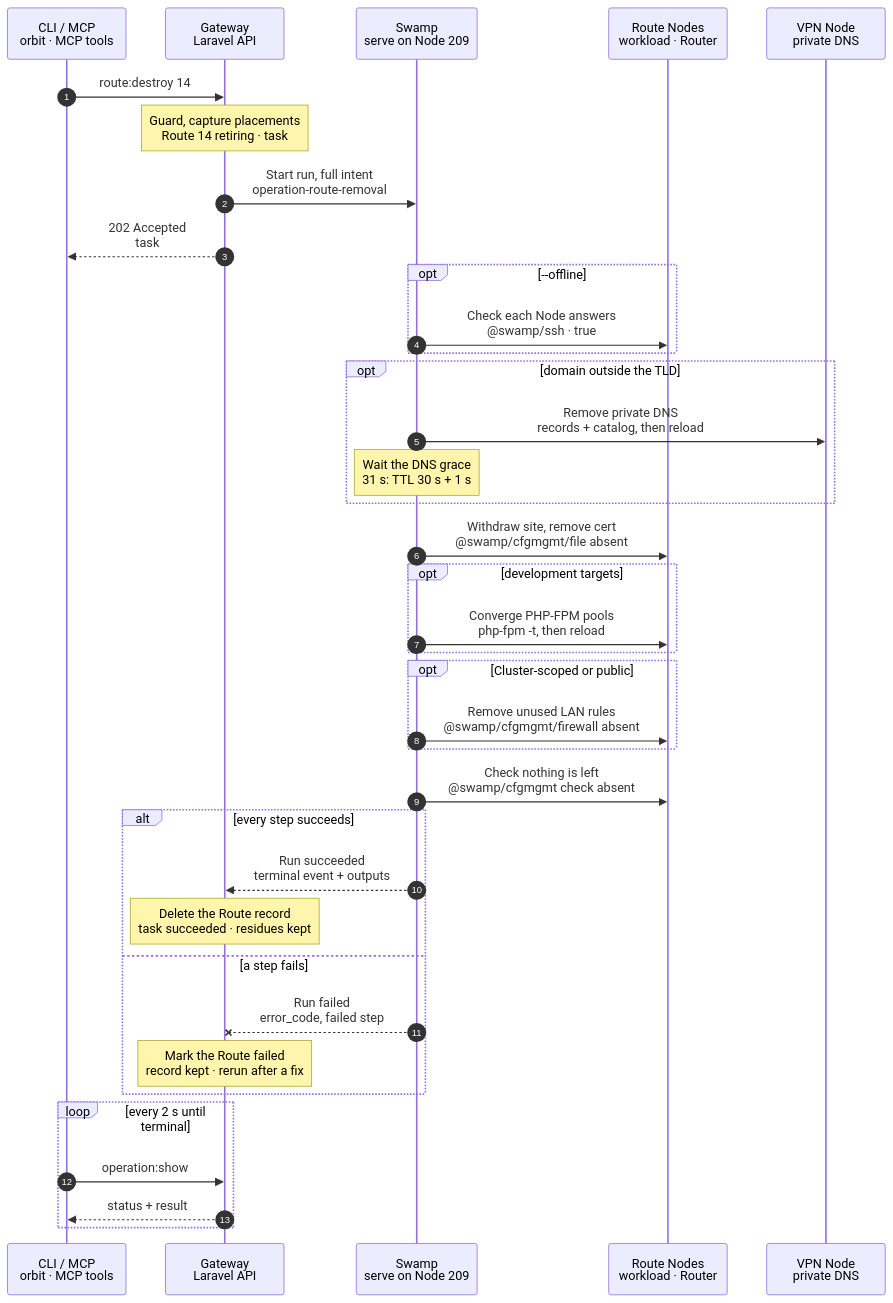
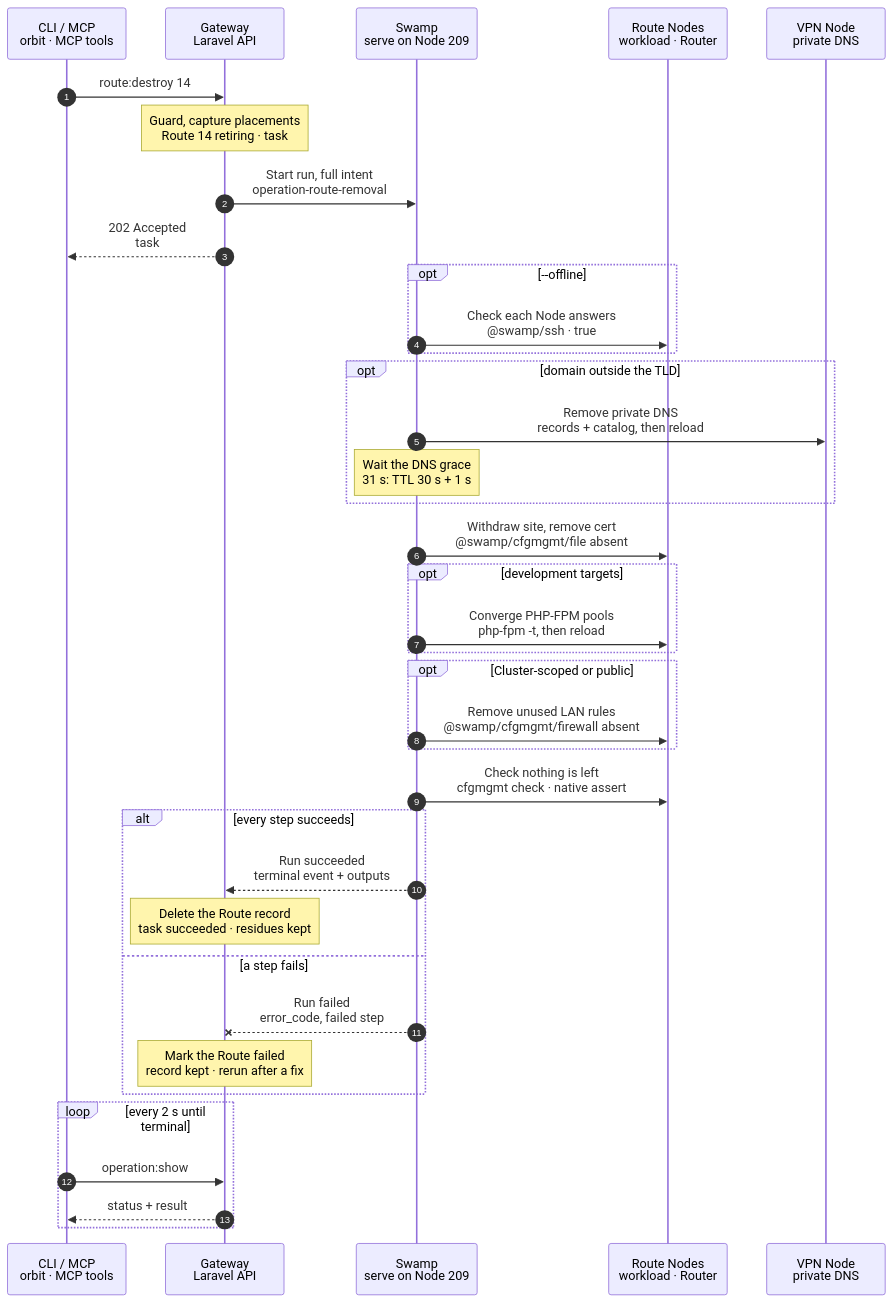
One commit to hardimpactdev/orbit changed the diagram in docs/cli/route/destroy.mmd. Above: the diagram before and after it, drawn with Mermaid. The commit also changed 8 other files, not shown here.

First line of the commit message:
fix(routes): require compliant native removal checks (#2545)

```diff
--- a/docs/cli/route/destroy.mmd
+++ b/docs/cli/route/destroy.mmd
@@ -1,150 +1,47 @@
 sequenceDiagram
-  %% Target design: ADR 0244 task, DECISIONS R1-R4 + round 2 (route.destroy cleanup runs in the workflow; the Gateway deletes the record on the terminal result), single-swamp-node. docs/cli/route.mdx, docs/reference/routes.md (Remove a Route).
-  %% Tightened: flow-tighten 2026-11-02, rules 3, 17, 22 (DNS and its grace only outside the TLD; site and certificate withdrawn in one step, the mirror of route:create; LAN rules in the mirrored opt; cfgmgmt file/firewall).
-  %% Rule 23: 2026-11-03 required-only main path.
+  %% Target design: Nick 2026-11-03, single-swamp-node, rules 14-25.
   %% status: draft
   %% command: route:destroy
   %% kind: route.destroy
   autonumber
   %% lane CLI icon=terminal pill=caller tone=gray
   %% lane GW icon=gateway pill=intent tone=blue
   %% lane SW icon=workflow pill=executes tone=green
   %% lane N icon=server pill=target tone=amber
   %% lane V icon=server pill=target tone=purple
   participant CLI as CLI / MCP<br/>orbit · MCP tools
   participant GW as Gateway<br/>Laravel API
   participant SW as Swamp<br/>serve on Node 209
   participant N as Route Nodes<br/>workload · Router
   participant V as VPN Node<br/>private DNS
   CLI->>GW: route:destroy 14
-  %%> Command:
-  %%> - `orbit route:destroy 14`
-  %%> - syntax: `<route> [--yes] [--offline]`
-  %%> Input:
-  %%> - Route 14
-  %%> Optional:
-  %%> - `--offline`: skip a Node that does not answer, and list what it still needs
-  %%> - `--yes` skips the prompt; `--idempotency-key` and `--json` change no step
-  %%> Replacement:
-  %%> - on a `pending` or `failed` replacement that never moved DNS, it abandons the domain change
-  %%> - the same steps remove the replacement's site and certificates; the old URL is written back; the replaced Route stays
-  %%> Confirmation:
-  %%> - without `--yes`, the CLI asks first; the default is No
-  %%> - without a terminal, or with `--json`, `--yes` is required
   Note over GW: Guard, capture placements<br/>Route 14 retiring · task #5130
-  %%> Requirements:
-  %%> - your Node has an access grant to Node 7, the Route's Node
-  %%> - no active Instance depends on Route 14 (`route.target_conflict`); remove the Instance with `instance:destroy` instead
-  %%> - the public edge of Route 14 is not live, and it is not in an active replacement pair
-  %%> - Route 14 is not an analytics tracking Route (`route.tracking_managed`)
-  %%> - no open Instance transfer owns it (`instance.transfer_incomplete`)
-  %%> Locks:
-  %%> - the projection lock and the environment owner of every target Instance
-  %%> Captures:
-  %%> - every Node the Route touches: workload, Router, Ingress, VPN Node
-  %%> - the Caddy blocks, certificate scopes, PHP-FPM pools and LAN tuples to remove
-  %%> - the DNS records without Route 14
-  %%> Result:
-  %%> - Route 14 marked `retiring`; its record stays until the result
-  %%> - task #5130 recorded with the full intent
   GW->>SW: Start run, full intent<br/>operation-route-removal
-  %%> What it does:
-  %%> - starts one Swamp run on serve (Node 209)
-  %%> Inputs:
-  %%> - the captured removal plan, per Node
-  %%> - each Node's address and SSH host keys; the SSH identity comes from the `swamp` role
-  %%> - whether `--offline` was given
   GW-->>CLI: 202 Accepted<br/>task #5130
-  %%> What you get:
-  %%> - the task number, at once
-  %%> Next:
-  %%> - the CLI follows the task with `operation:show`
   opt --offline
     SW->>N: Check each Node answers<br/>@swamp/ssh · true
-    %%> What it does:
-    %%> - tries each Node once over `@swamp/ssh` from 209
-    %%> - a Node that does not answer is skipped by every later step
-    %%> - a Node that answers keeps every step; a failure on it still stops the removal
+    %%> An unreachable Node keeps residue for node:converge. The VPN Node is always required.
   end
   opt domain outside the TLD
   SW->>V: Remove private DNS<br/>records + catalog, then reload
-  %%> When:
-  %%> - only for a domain outside the Cluster or Node TLD; private DNS answers the whole TLD, so `shop.test` inside it has no record
-  %%> What it does:
-  %%> - removes `shop.test` from the private DNS records
-  %%> - checks the loaded catalog and a DNS reply
-  %%> Order:
-  %%> - DNS goes first, so the name stops resolving before its site leaves
   Note over SW: Wait the DNS grace<br/>31 s: TTL 30 s + 1 s
-  %%> Why:
-  %%> - resolvers that honor the TTL stop asking for the name before its site leaves
   end
   SW->>N: Withdraw site, remove cert<br/>@swamp/cfgmgmt/file absent
-  %%> How:
-  %%> - Swamp reaches every captured Node over `@swamp/ssh` from 209
-  %%> What it does:
-  %%> - removes Route 14's site blocks on the workload, the Router and the Ingress
-  %%> - validates the Caddyfile, then reloads Caddy; never a restart (rule 7)
-  %%> - then removes the certificate scopes owned by Route 14 on each Node, with `ensure: absent`
-  %%> Why one step:
-  %%> - the mirror of "Install cert, publish site" in `route:create`
-  %%> Kept:
-  %%> - Caddy itself and the Node's shared runtime
-  %%> - each target's own Instance certificate, until `instance:destroy`
   opt development targets
     SW->>N: Converge PHP-FPM pools<br/>php-fpm -t, then reload
-    %%> What it does:
-    %%> - right after the site leaves, converges every PHP-FPM pool on the Node of each development target
-    %%> - a pool whose working directory is gone is skipped and does not stop the removal
-    %%> Not included:
-    %%> - a production target keeps its dedicated PHP-FPM service until `instance:destroy`
   end
   opt Cluster-scoped or public
   SW->>N: Remove unused LAN rules<br/>@swamp/cfgmgmt/firewall absent
-  %%> When:
-  %%> - mirrors the `route:create` opts that add the Router LAN rule and open the Ingress edge
-  %%> What it does:
-  %%> - removes the Router LAN tuples on the workload Node that no published Route still needs
-  %%> - an identical tuple that another Route uses stays
-  %%> - on the Ingress, closes `orbit:ingress-http` and `orbit:ingress-https` when Route 14 was the last public Route
   end
-  SW->>N: Check nothing is left<br/>@swamp/cfgmgmt check absent
-  %%> What it does:
-  %%> - the `check` of the file and firewall behaviors on each Node: no site block names `shop.test`, no Route 14 certificate scope, no removed tuple
-  %%> Why:
-  %%> - the Route only counts as removed when the Nodes show it
+  SW->>N: Check nothing is left<br/>cfgmgmt check · native assert
   alt every step succeeds
     SW-->>GW: Run succeeded<br/>terminal event + outputs
-    %%> How the Gateway learns it:
-    %%> - its shared run reader sees the terminal event; Swamp never calls the Gateway
-    %%> Outputs:
-    %%> - with `--offline`: each skipped Node and the steps it still needs
     Note over GW: Delete the Route record<br/>task succeeded · residues kept
-    %%> Result:
-    %%> - Route 14 is deleted and `shop.test` is released
-    %%> - the Instances stay, without this Route
-    %%> - a skipped Node gets a residue record; `node:converge` finishes it once the Node answers
-    %%> - task #5130 succeeds and lists `retained_on_nodes`
   else a step fails
     SW--xGW: Run failed<br/>error_code, failed step
-    %%> The Gateway reads:
-    %%> - which step failed and its error code
-    %%> - a Node that did not answer gives `route.node_unreachable`, naming the Node and `--offline`
     Note over GW: Mark the Route failed<br/>record kept · rerun after a fix
-    %%> Result:
-    %%> - Route 14 stays, marked `failed` with `failed_step` and `error_code`
-    %%> - task #5130 fails
-    %%> On the Node:
-    %%> - what earlier steps removed stays removed; there is no rollback
-    %%> - that is safe: every step skips what is already gone
-    %%> Retry:
-    %%> - run the same command again after fixing the cause, or add `--offline` for an unreachable Node
   end
   loop every 2 s until terminal
     CLI->>GW: operation:show #5130
-    %%> What it does:
-    %%> - asks for the task's status every 2 seconds until it has ended
     GW-->>CLI: status + result
-    %%> Returns:
-    %%> - the current status, and the result once the task has ended
   end
```
